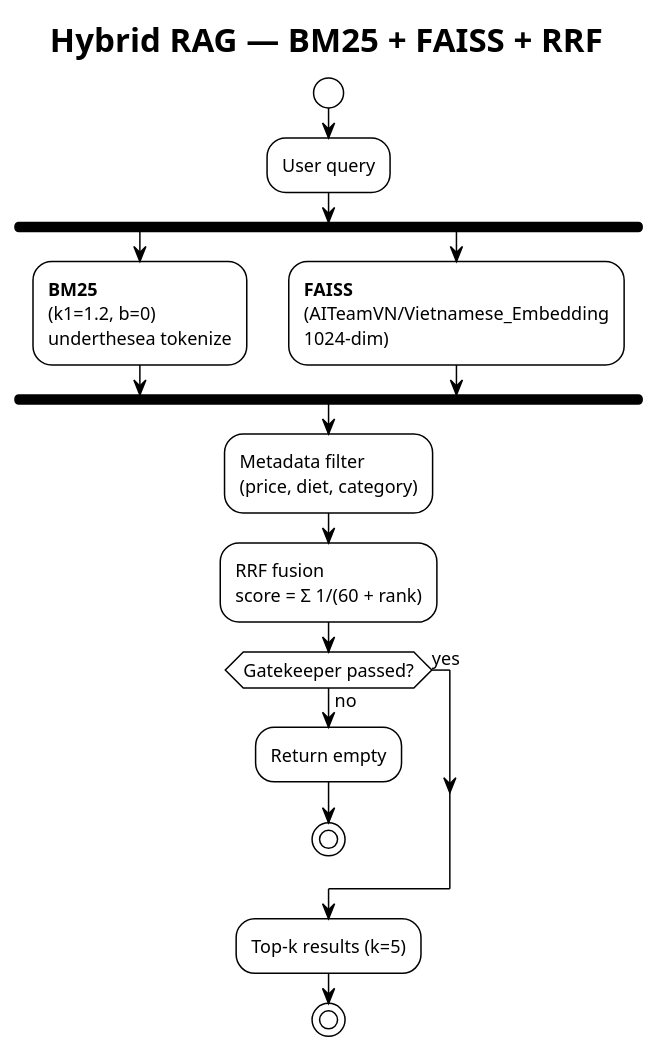
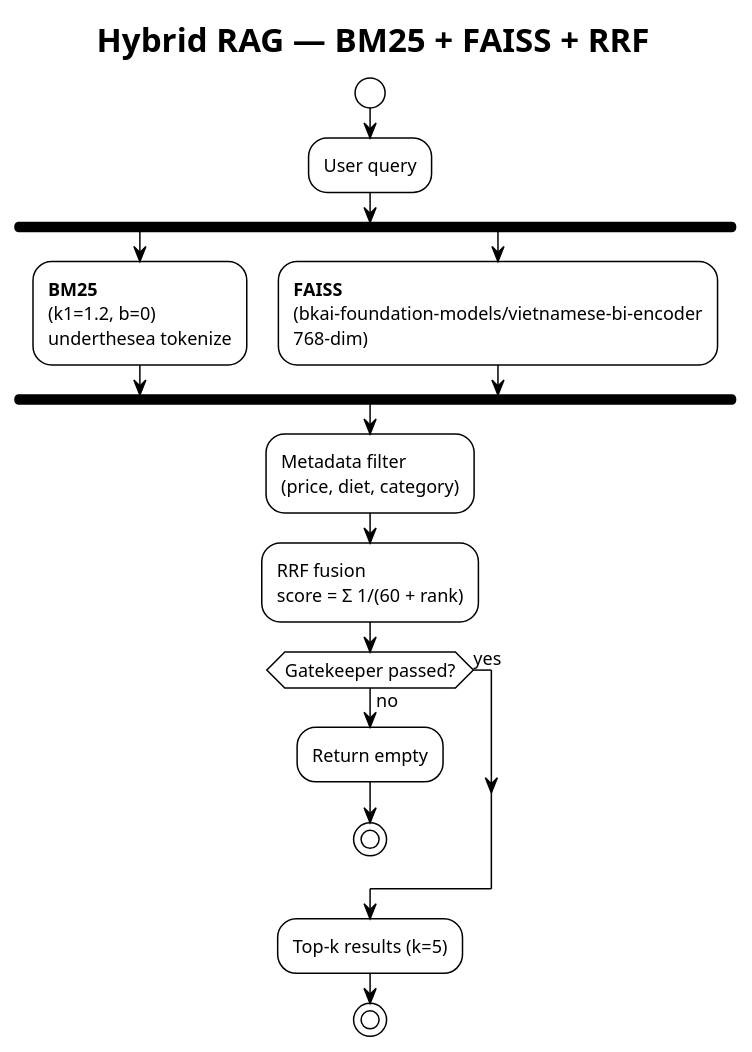
Before and after one commit to ThinhQuocLe007/AIWaiter: the fourth of 8 diagrams in docs/thesis/diagram.md, drawn with PlantUML. The commit also changed other lines of this file and 81 other files, not shown here.

````diff
--- a/docs/thesis/diagram.md
+++ b/docs/thesis/diagram.md
@@ -529,33 +529,33 @@
 ```plantuml
 @startuml
 !theme plain
 skinparam backgroundColor #FFFFFF
 skinparam defaultFontSize 12
 
 title Hybrid RAG — BM25 + FAISS + RRF
 
 start
 :User query;
 
 fork
   :**BM25**\n(k1=1.2, b=0)\nunderthesea tokenize;
 fork again
-  :**FAISS**\n(AITeamVN/Vietnamese_Embedding\n1024-dim);
+  :**FAISS**\n(bkai-foundation-models/vietnamese-bi-encoder\n768-dim);
 end fork
 
 :Metadata filter\n(price, diet, category);
 
 :RRF fusion\nscore = Σ 1/(60 + rank);
 
 if (Gatekeeper passed?) then (no)
   :Return empty;
   stop
 else (yes)
 endif
 
 :Top-k results (k=5);
 
 stop
 
 @enduml
 ```
````
